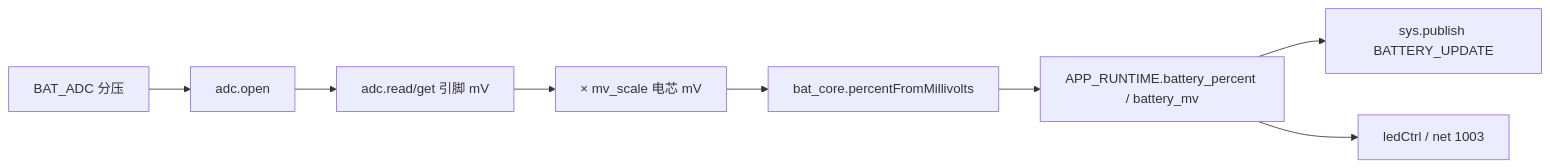
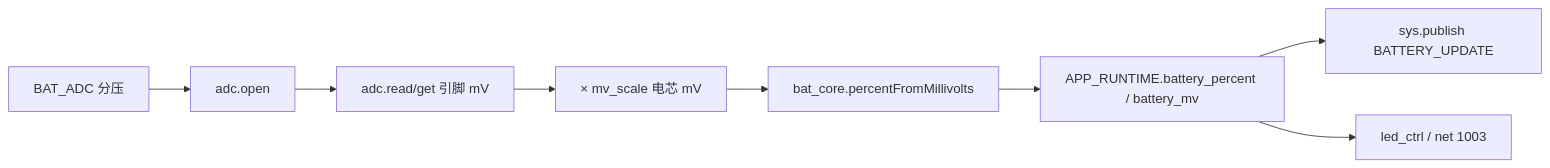
Before and after one commit to dzr1986/AIR780EHM: the fourth of 4 diagrams in doc/CHARGE_BATTERY.md, drawn with Mermaid. The commit also changed other lines of this file and 40 other files, not shown here.

````diff
--- a/doc/CHARGE_BATTERY.md
+++ b/doc/CHARGE_BATTERY.md
@@ -240,10 +240,10 @@
 ```mermaid
 flowchart LR
     A[BAT_ADC 分压] --> B[adc.open]
     B --> C[adc.read/get 引脚 mV]
     C --> D[× mv_scale 电芯 mV]
     D --> E[bat_core.percentFromMillivolts]
     E --> F[APP_RUNTIME.battery_percent / battery_mv]
     F --> G[sys.publish BATTERY_UPDATE]
-    F --> H[ledCtrl / net 1003]
+    F --> H[led_ctrl / net 1003]
 ```
````
